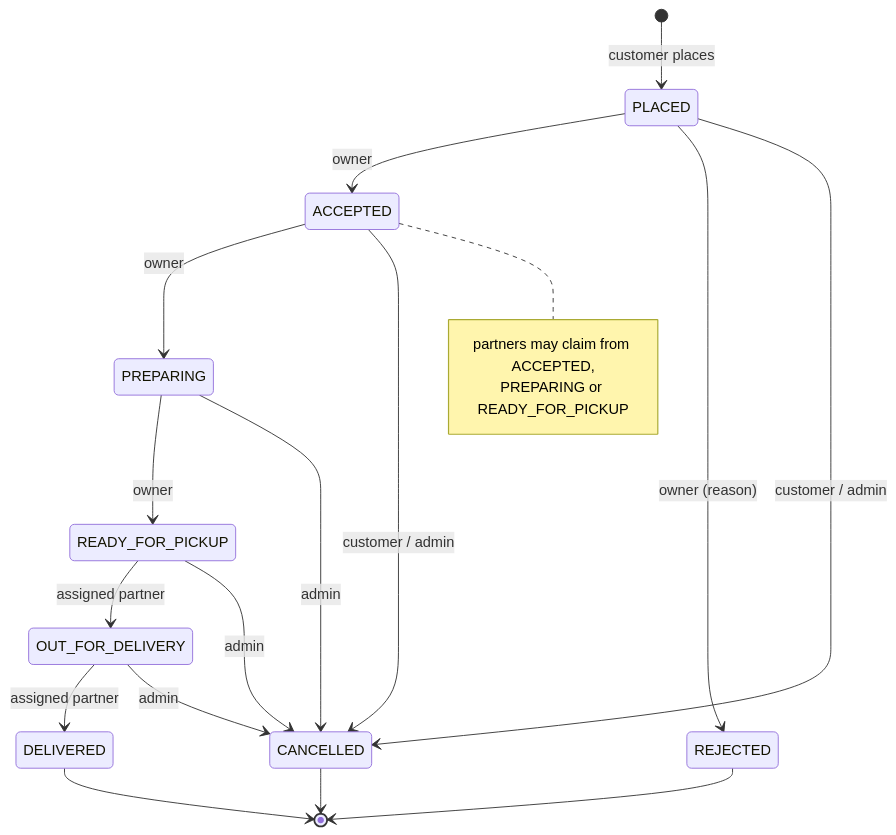
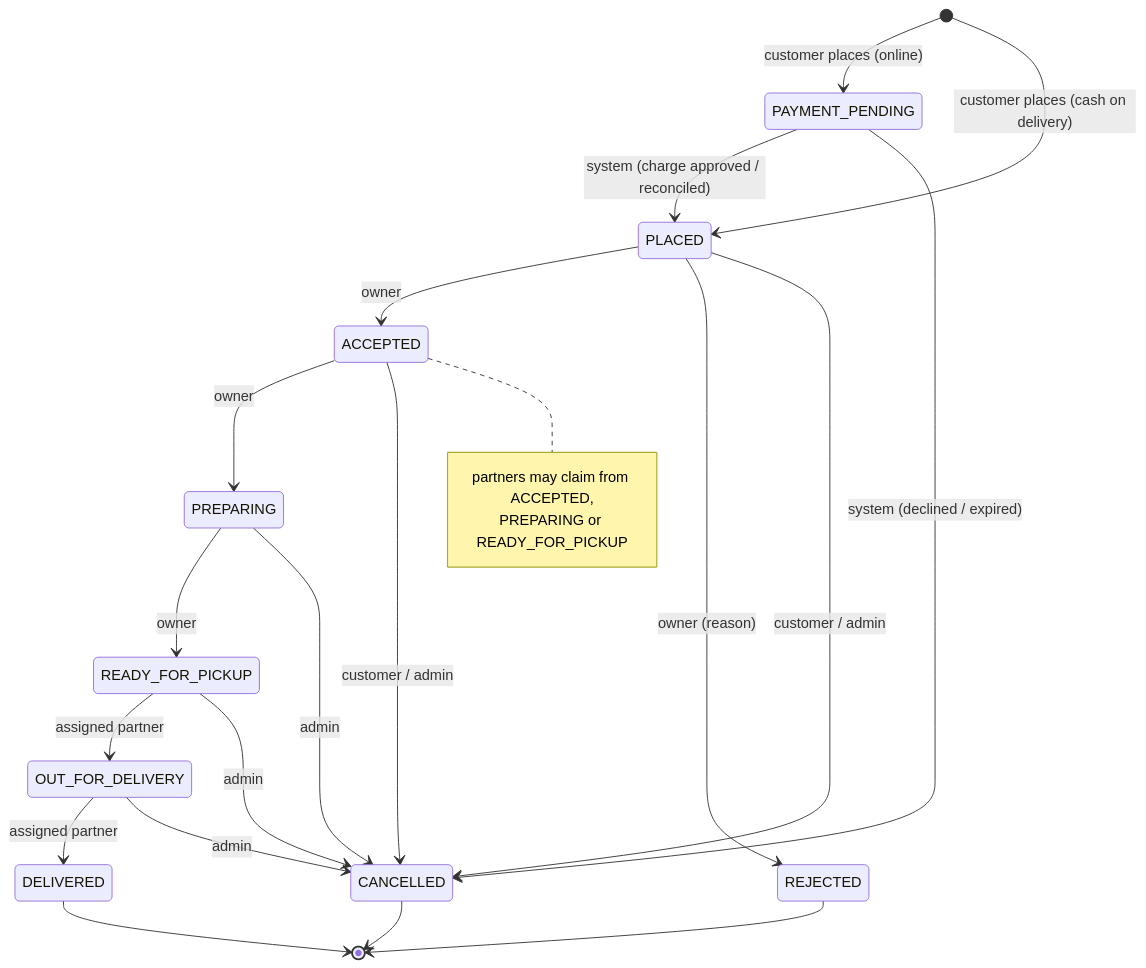
Before and after one commit to luckyr08/-food-delivery: the eighth of 9 diagrams in docs/design/HLD.md, drawn with Mermaid. The commit also changed other lines of this file and 32 other files, not shown here.

````diff
--- a/docs/design/HLD.md
+++ b/docs/design/HLD.md
@@ -220,19 +226,22 @@
 ```mermaid
 stateDiagram-v2
-    [*] --> PLACED: customer places
+    [*] --> PAYMENT_PENDING: customer places (online)
+    [*] --> PLACED: customer places (cash on delivery)
+    PAYMENT_PENDING --> PLACED: system (charge approved / reconciled)
+    PAYMENT_PENDING --> CANCELLED: system (declined / expired)
     PLACED --> ACCEPTED: owner
     PLACED --> REJECTED: owner (reason)
     PLACED --> CANCELLED: customer / admin
     ACCEPTED --> PREPARING: owner
     ACCEPTED --> CANCELLED: customer / admin
     PREPARING --> READY_FOR_PICKUP: owner
     PREPARING --> CANCELLED: admin
     READY_FOR_PICKUP --> OUT_FOR_DELIVERY: assigned partner
     READY_FOR_PICKUP --> CANCELLED: admin
     OUT_FOR_DELIVERY --> DELIVERED: assigned partner
     OUT_FOR_DELIVERY --> CANCELLED: admin
     DELIVERED --> [*]
     REJECTED --> [*]
     CANCELLED --> [*]
     note right of ACCEPTED: partners may claim from ACCEPTED,<br/>PREPARING or READY_FOR_PICKUP
 ```
````
